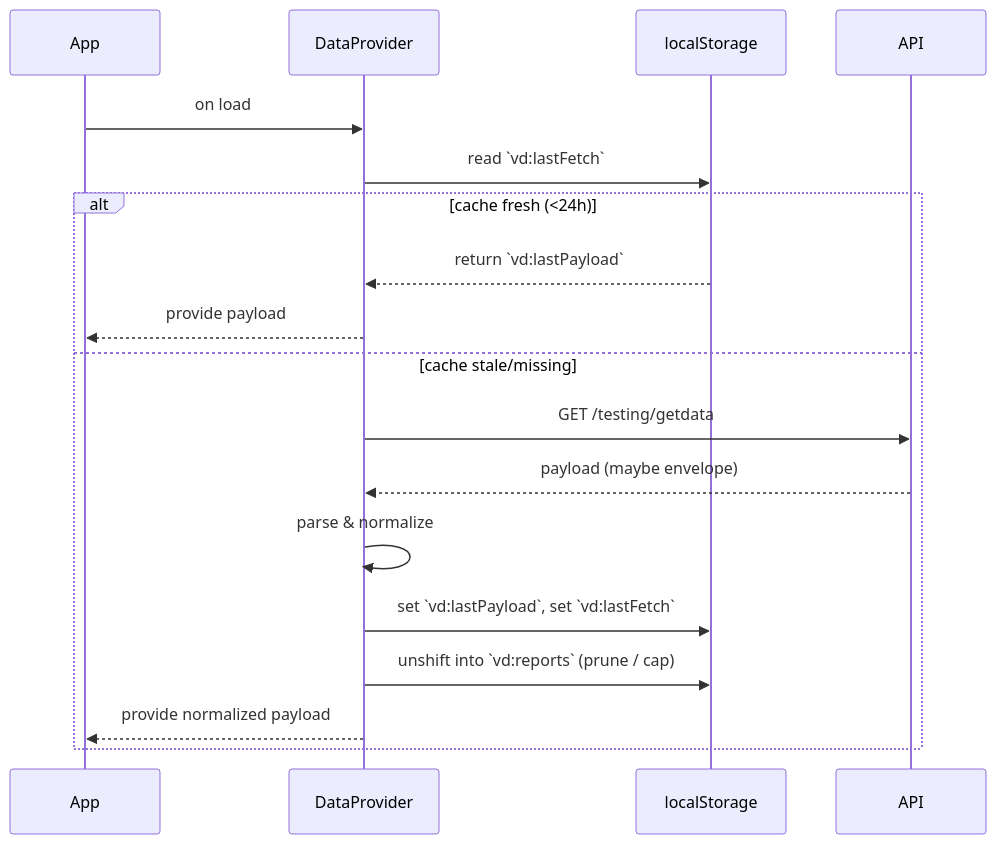
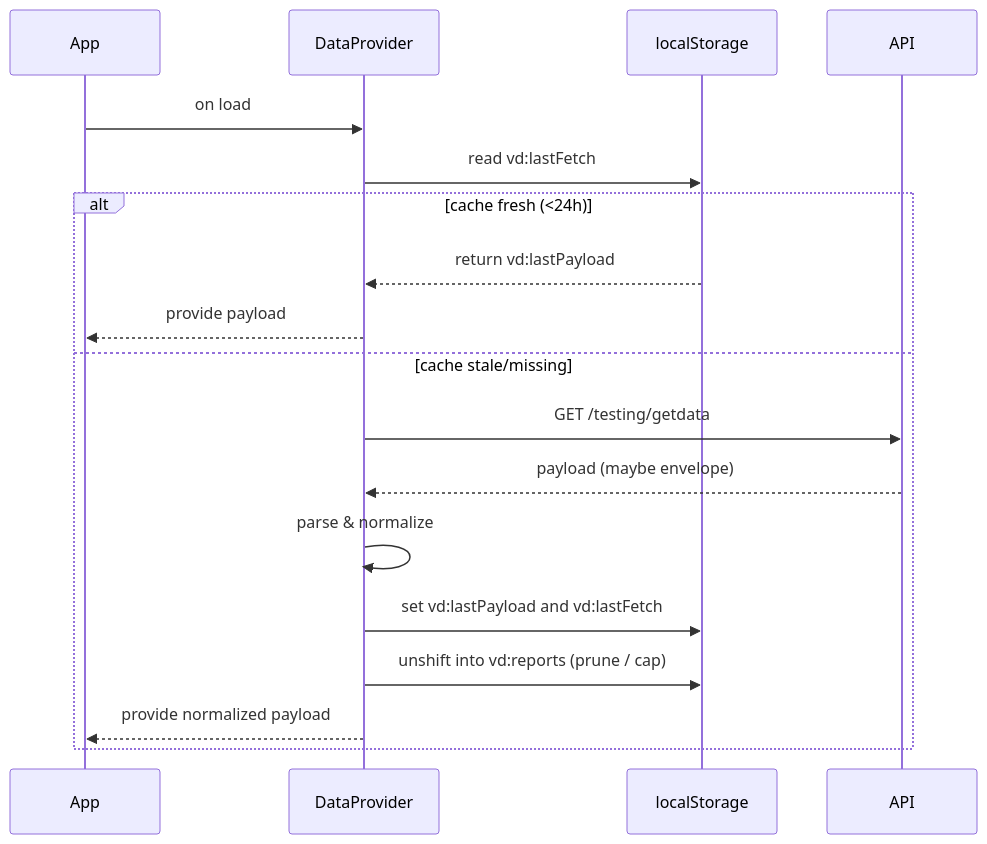
Before and after one commit to InfraCrawlers/EVAPA-Dashboard: the fourth of 4 diagrams in README.md, drawn with Mermaid. The commit also changed other lines of this file and 11 other files, not shown here.

````diff
--- a/README.md
+++ b/README.md
@@ -173,20 +173,20 @@
 ```mermaid
 sequenceDiagram
   participant App
   participant DP as DataProvider
   participant LS as localStorage
   participant API
   App->>DP: on load
-  DP->>LS: read `vd:lastFetch`
+  DP->>LS: read vd:lastFetch
   alt cache fresh (<24h)
-    LS-->>DP: return `vd:lastPayload`
+    LS-->>DP: return vd:lastPayload
     DP-->>App: provide payload
   else cache stale/missing
     DP->>API: GET /testing/getdata
     API-->>DP: payload (maybe envelope)
     DP->>DP: parse & normalize
-    DP->>LS: set `vd:lastPayload`, set `vd:lastFetch`
-    DP->>LS: unshift into `vd:reports` (prune / cap)
+    DP->>LS: set vd:lastPayload and vd:lastFetch
+    DP->>LS: unshift into vd:reports (prune / cap)
     DP-->>App: provide normalized payload
   end
 ```
````
